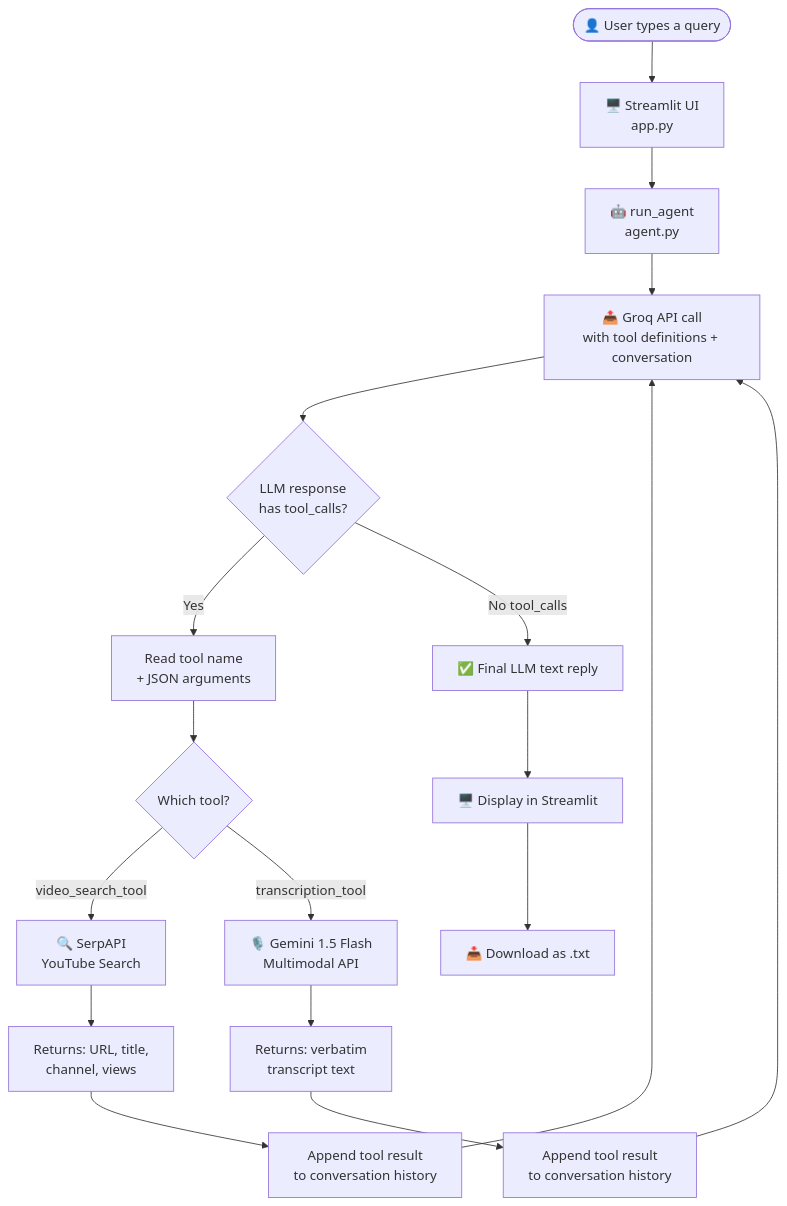
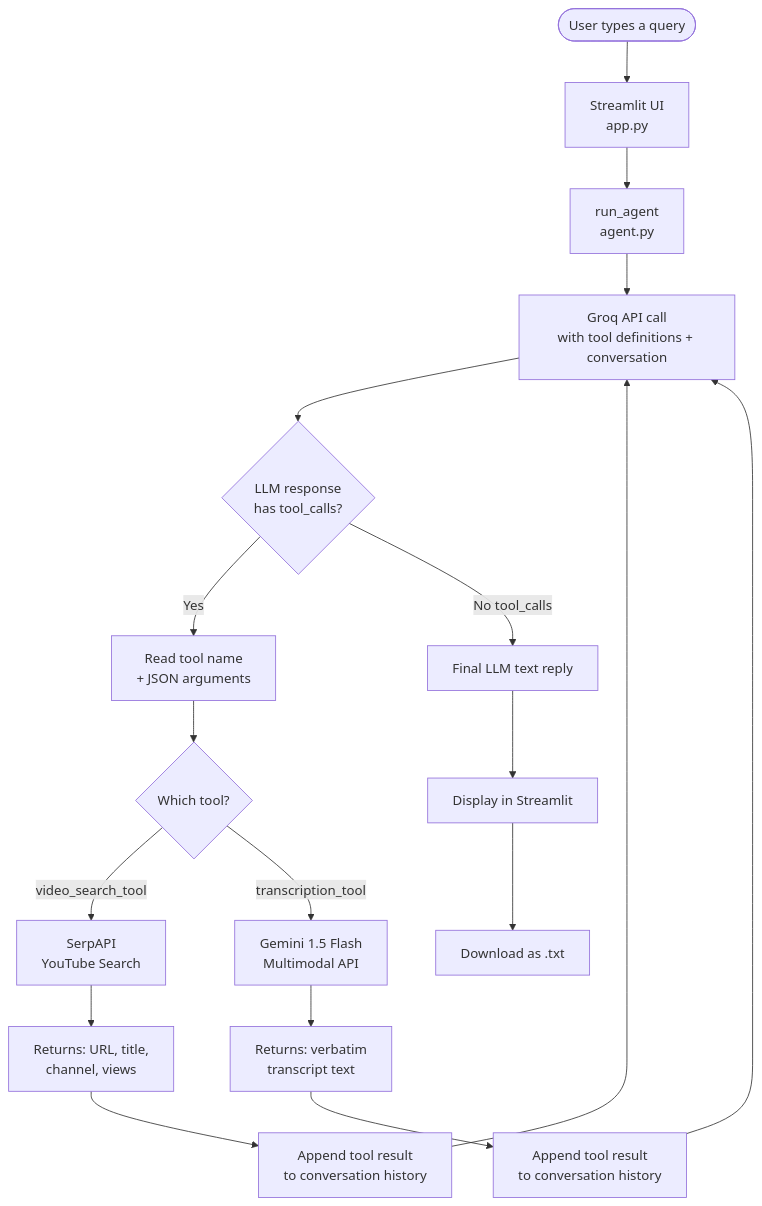
Before and after one commit to a-i-m-a-n/AI_AGENT_ToolCalling: the diagram in README.md, drawn with Mermaid. The commit also changed other lines of this file, not shown here.

````diff
--- a/README.md
+++ b/README.md
@@ -87,25 +87,25 @@
 ```mermaid
 flowchart TD
-    A([👤 User types a query]) --> B[🖥️ Streamlit UI\napp.py]
-    B --> C[🤖 run_agent\nagent.py]
-    C --> D[📤 Groq API call\nwith tool definitions + conversation]
+    A([User types a query]) --> B[Streamlit UI\napp.py]
+    B --> C[run_agent\nagent.py]
+    C --> D[Groq API call\nwith tool definitions + conversation]
 
     D --> E{LLM response\nhas tool_calls?}
 
     E -- Yes --> F[Read tool name\n+ JSON arguments]
     F --> G{Which tool?}
 
-    G -- video_search_tool --> H[🔍 SerpAPI\nYouTube Search]
+    G -- video_search_tool --> H[SerpAPI\nYouTube Search]
     H --> I[Returns: URL, title,\nchannel, views]
     I --> J[Append tool result\nto conversation history]
     J --> D
 
-    G -- transcription_tool --> K[🎙️ Gemini 1.5 Flash\nMultimodal API]
+    G -- transcription_tool --> K[Gemini 1.5 Flash\nMultimodal API]
     K --> L[Returns: verbatim\ntranscript text]
     L --> M[Append tool result\nto conversation history]
     M --> D
 
-    E -- No tool_calls --> N[✅ Final LLM text reply]
-    N --> O[🖥️ Display in Streamlit]
-    O --> P[📥 Download as .txt]
+    E -- No tool_calls --> N[Final LLM text reply]
+    N --> O[Display in Streamlit]
+    O --> P[Download as .txt]
 ```
````
